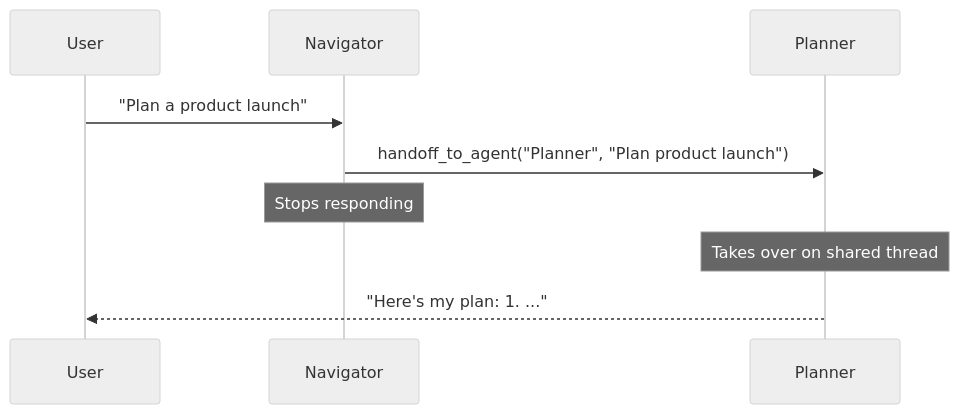
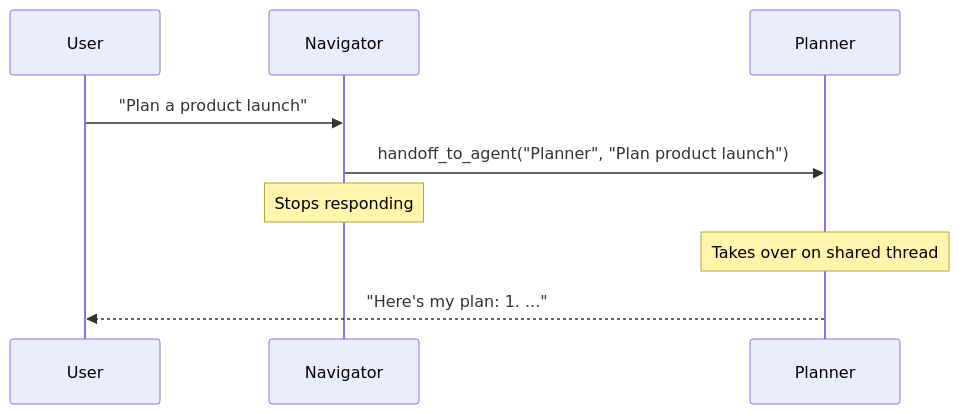
One commit to Systemorph/MeshWeaver changed the fourth of 4 diagrams in src/MeshWeaver.Documentation/Data/AI/AgenticAI.md. Above: the diagram before and after it, drawn with Mermaid. The commit also changed other lines of this file and 44 other files, not shown here.

````diff
--- a/src/MeshWeaver.Documentation/Data/AI/AgenticAI.md
+++ b/src/MeshWeaver.Documentation/Data/AI/AgenticAI.md
@@ -217,13 +202,12 @@
 ```mermaid
-%%{init: {'theme':'neutral', 'themeVariables': {'fontSize':'15px'}}}%%
 sequenceDiagram
     participant User
     participant AgentA as Navigator
     participant AgentB as Planner
 
     User->>AgentA: "Plan a product launch"
     AgentA->>AgentB: handoff_to_agent("Planner", "Plan product launch")
     Note over AgentA: Stops responding
     Note over AgentB: Takes over on shared thread
     AgentB-->>User: "Here's my plan: 1. ..."
 ```
````
